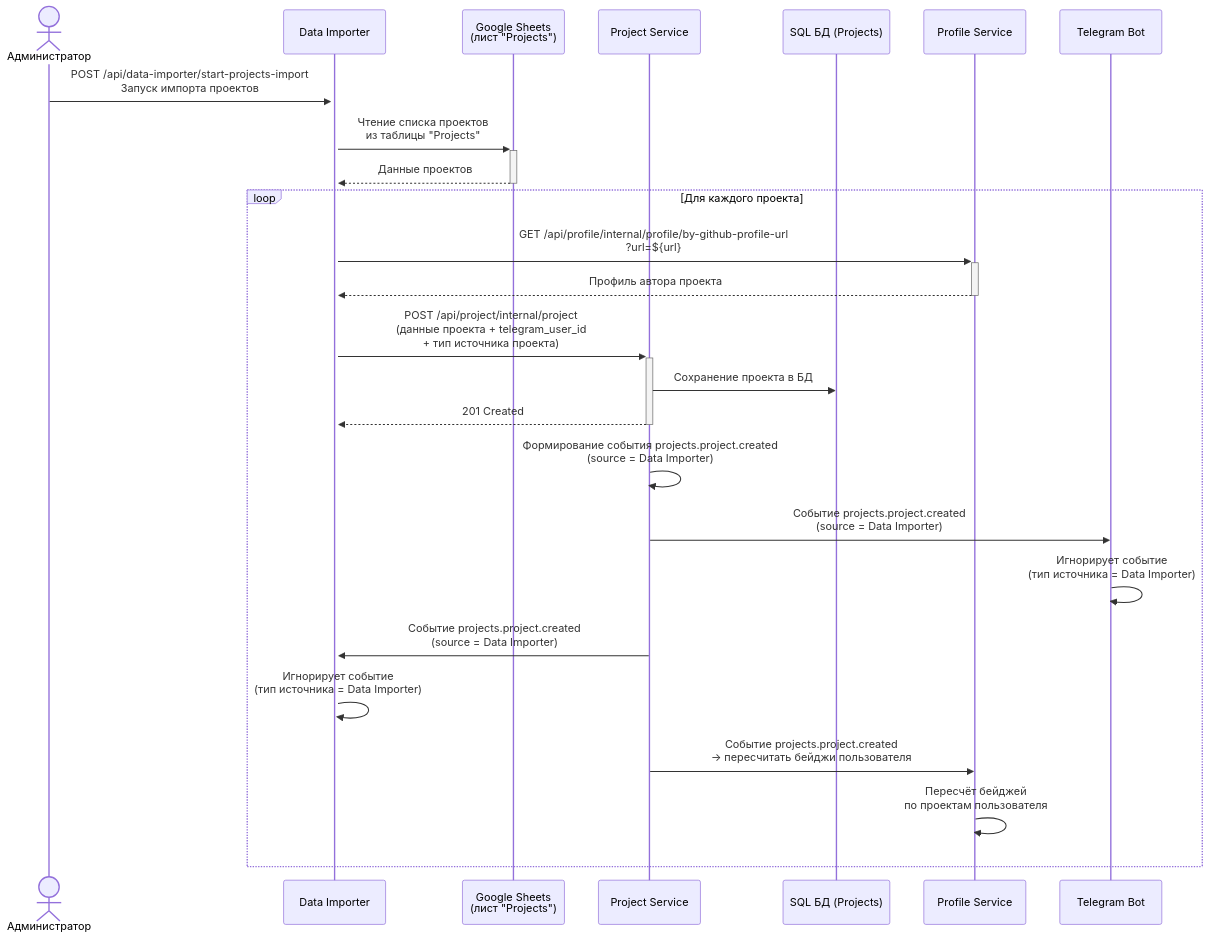
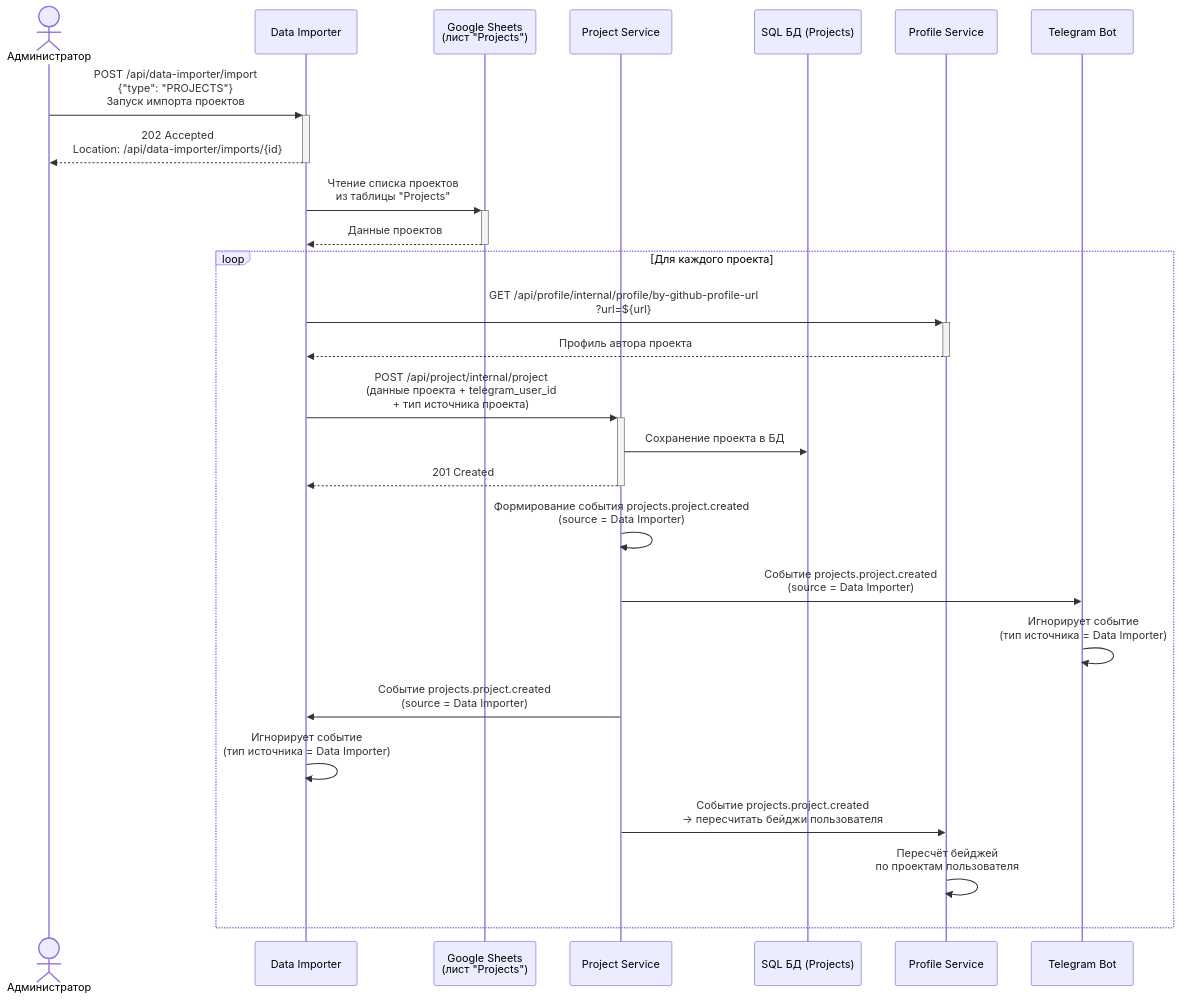
The third of 4 diagrams in system-analytics/functionality/projects-bookkeeping.md (it-mentor-community-platform/meta), drawn with Mermaid before and after one commit. The commit also changed other lines of this file and 2 other files, not shown here.

Commit message:
feat: data-importer APIs updated to  on all referencing pages

````diff
--- a/system-analytics/functionality/projects-bookkeeping.md
+++ b/system-analytics/functionality/projects-bookkeeping.md
@@ -111,36 +111,37 @@
 ```mermaid
 sequenceDiagram
     actor Admin as Администратор
     participant DataImporter as Data Importer
     participant GoogleSheet as Google Sheets<br/>(лист "Projects")
     participant ProjectService as Project Service
     participant SQLDB as SQL БД (Projects)
     participant ProfileService as Profile Service
     participant TelegramBot as Telegram Bot
 
-    Admin ->>+ DataImporter: POST /api/data-importer/start-projects-import<br/>Запуск импорта проектов
+    Admin ->>+ DataImporter: POST /api/data-importer/import<br/>{"type": "PROJECTS"}<br/>Запуск импорта проектов
+    DataImporter -->>- Admin: 202 Accepted<br/>Location: /api/data-importer/imports/{id}
 
     DataImporter ->>+ GoogleSheet: Чтение списка проектов<br/>из таблицы "Projects"
     GoogleSheet -->>- DataImporter: Данные проектов
 
     loop Для каждого проекта
         DataImporter ->>+ ProfileService: GET /api/profile/internal/profile/by-github-profile-url<br/>?url=${url}
         ProfileService -->>- DataImporter: Профиль автора проекта
 
         DataImporter ->>+ ProjectService: POST /api/project/internal/project<br/>(данные проекта + telegram_user_id<br/>+ тип источника проекта)
 
         ProjectService ->> SQLDB: Сохранение проекта в БД
         ProjectService -->>- DataImporter: 201 Created
 
         ProjectService ->> ProjectService: Формирование события projects.project.created<br/>(source = Data Importer)
 
         ProjectService ->> TelegramBot: Событие projects.project.created<br/>(source = Data Importer)
         TelegramBot ->> TelegramBot: Игнорирует событие<br/>(тип источника = Data Importer)
 
         ProjectService ->> DataImporter: Событие projects.project.created<br/>(source = Data Importer)
         DataImporter ->> DataImporter: Игнорирует событие<br/>(тип источника = Data Importer)
 
         ProjectService ->> ProfileService: Событие projects.project.created<br/>→ пересчитать бейджи пользователя
         ProfileService ->> ProfileService: Пересчёт бейджей<br/>по проектам пользователя
     end
 ```
````
